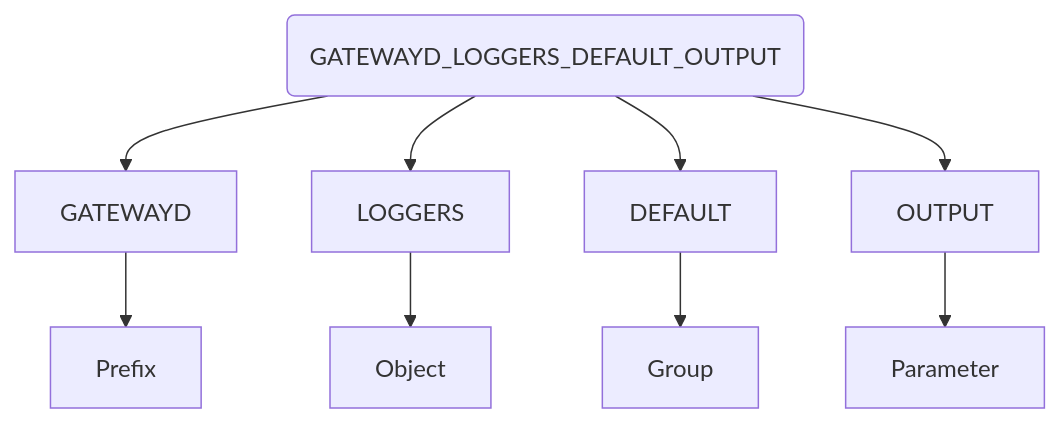
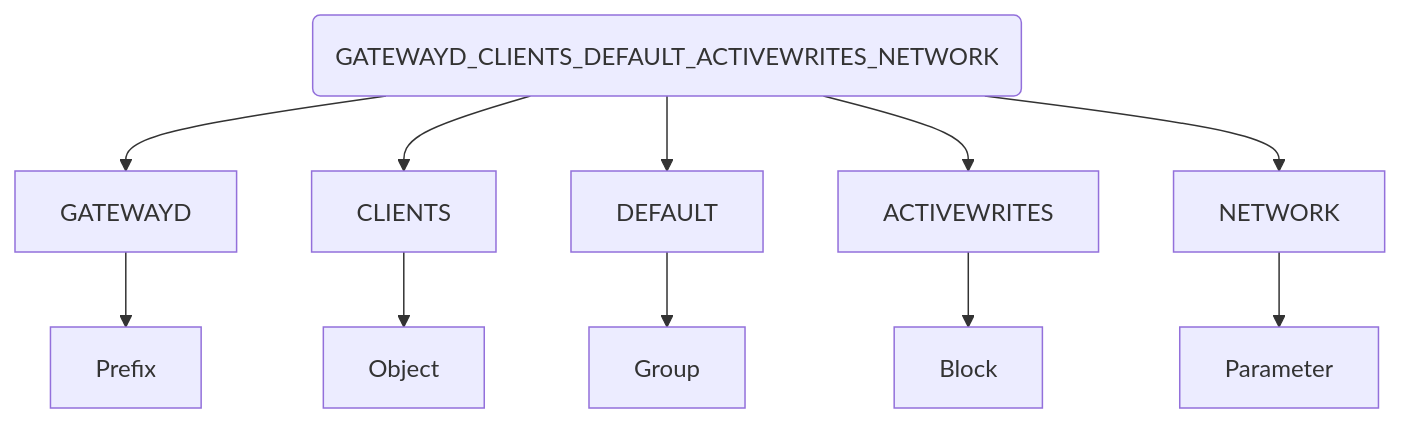
The diagram in using-gatewayd/configuration.md (gatewayd-io/docs), drawn with Mermaid before and after one commit. The commit also changed other lines of this file, not shown here.

Commit message:
docs: update environment variables format
- Update configuration example to reflect new nested block structure for clients and servers
- Adjust environment variable section to include the new five-part structure
- Update Mermaid diagram to illustrate the five-part environment variable breakdown

````diff
--- a/using-gatewayd/configuration.md
+++ b/using-gatewayd/configuration.md
@@ -174,12 +175,14 @@
 ```mermaid
 flowchart TD
-    A(GATEWAYD_LOGGERS_DEFAULT_OUTPUT)
+    A(GATEWAYD_CLIENTS_DEFAULT_ACTIVEWRITES_NETWORK)
     A --> GATEWAYD
-    A --> LOGGERS
+    A --> CLIENTS
     A --> DEFAULT
-    A --> OUTPUT
+    A --> ACTIVEWRITES
+    A --> NETWORK
     GATEWAYD --> Prefix
-    LOGGERS --> Object
+    CLIENTS --> Object
     DEFAULT --> Group
-    OUTPUT --> Parameter
+    ACTIVEWRITES --> Block
+    NETWORK --> Parameter
 ```
````
